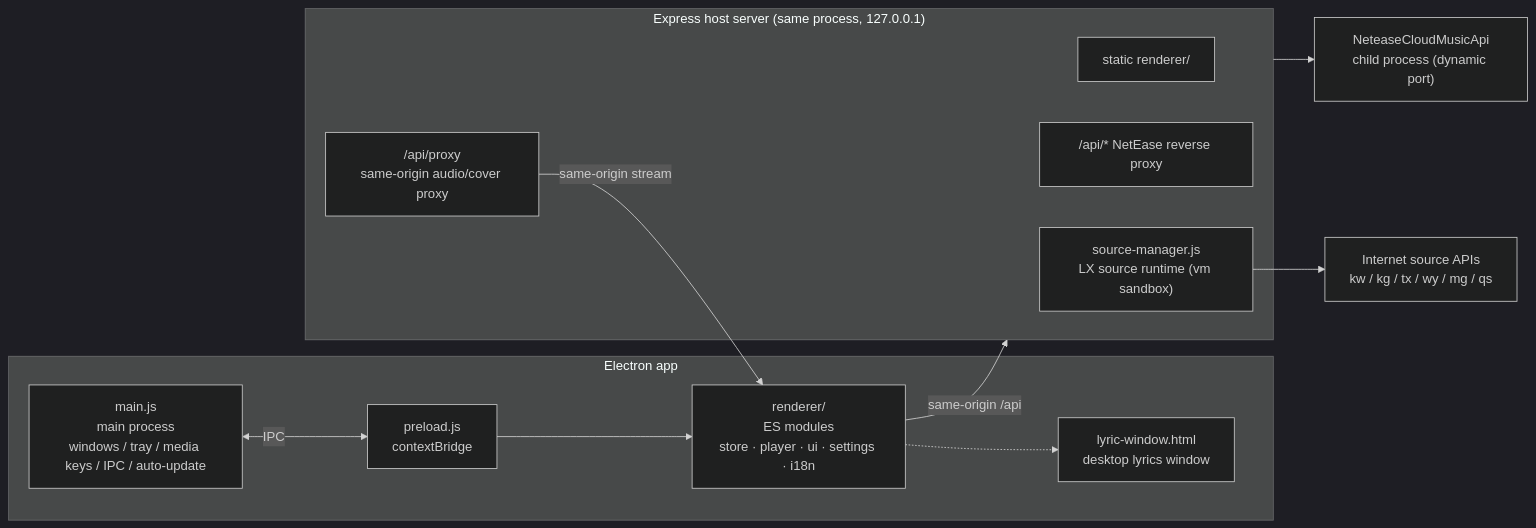
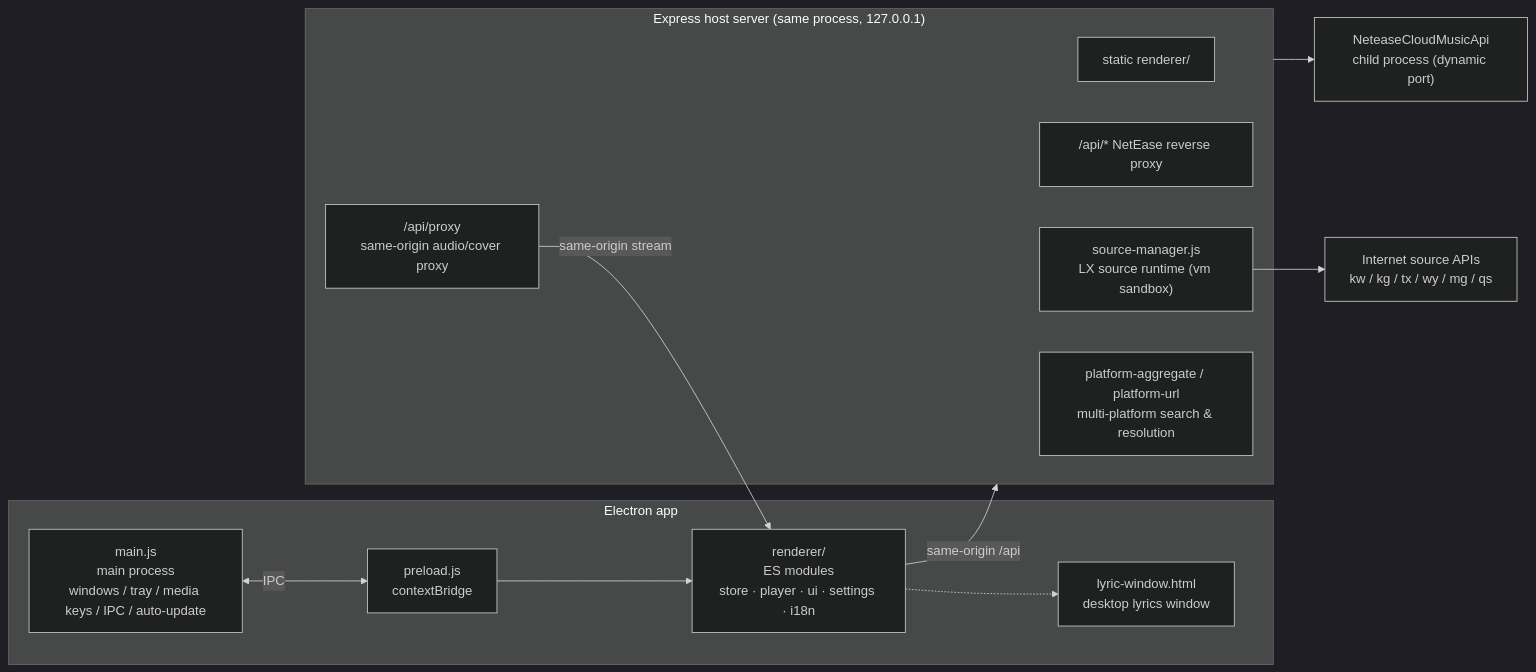
One commit to kedamano/Lonely-Guy-Music changed the diagram in README_EN.md. Above: the diagram before and after it, drawn with Mermaid (dark theme). The commit also changed other lines of this file and 30 other files, not shown here.

````diff
--- a/README_EN.md
+++ b/README_EN.md
@@ -149,26 +150,27 @@
 ```mermaid
 flowchart LR
     subgraph Electron["Electron app"]
         MAIN["main.js<br/>main process<br/>windows / tray / media keys / IPC / auto-update"]
         PRE["preload.js<br/>contextBridge"]
         RENDER["renderer/<br/>ES modules<br/>store · player · ui · settings · i18n"]
         LYRIC["lyric-window.html<br/>desktop lyrics window"]
         MAIN <-->|IPC| PRE --> RENDER
         RENDER -.-> LYRIC
     end
 
     subgraph HostServer["Express host server (same process, 127.0.0.1)"]
         UI["static renderer/"]
         API["/api/* NetEase reverse proxy"]
         PROXY["/api/proxy<br/>same-origin audio/cover proxy"]
         SOURCES["source-manager.js<br/>LX source runtime (vm sandbox)"]
+        PLAT["platform-aggregate / platform-url<br/>multi-platform search & resolution"]
     end
 
     NCM["NeteaseCloudMusicApi<br/>child process (dynamic port)"]
     NET["Internet source APIs<br/>kw / kg / tx / wy / mg / qs"]
 
     RENDER -->|same-origin /api| HostServer
     HostServer --> NCM
     SOURCES --> NET
     PROXY -->|same-origin stream| RENDER
 ```
````
